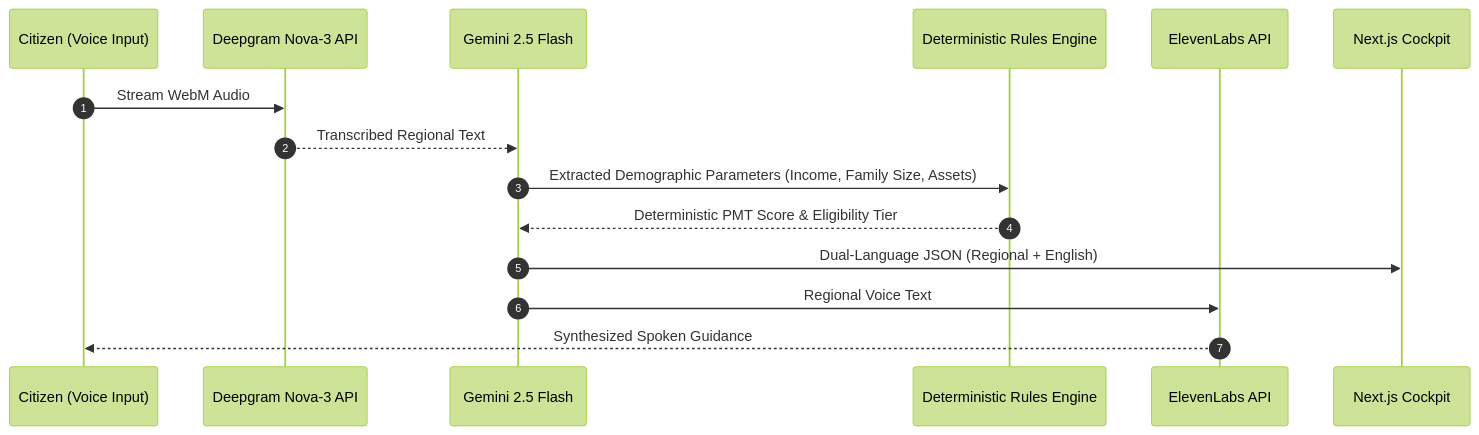
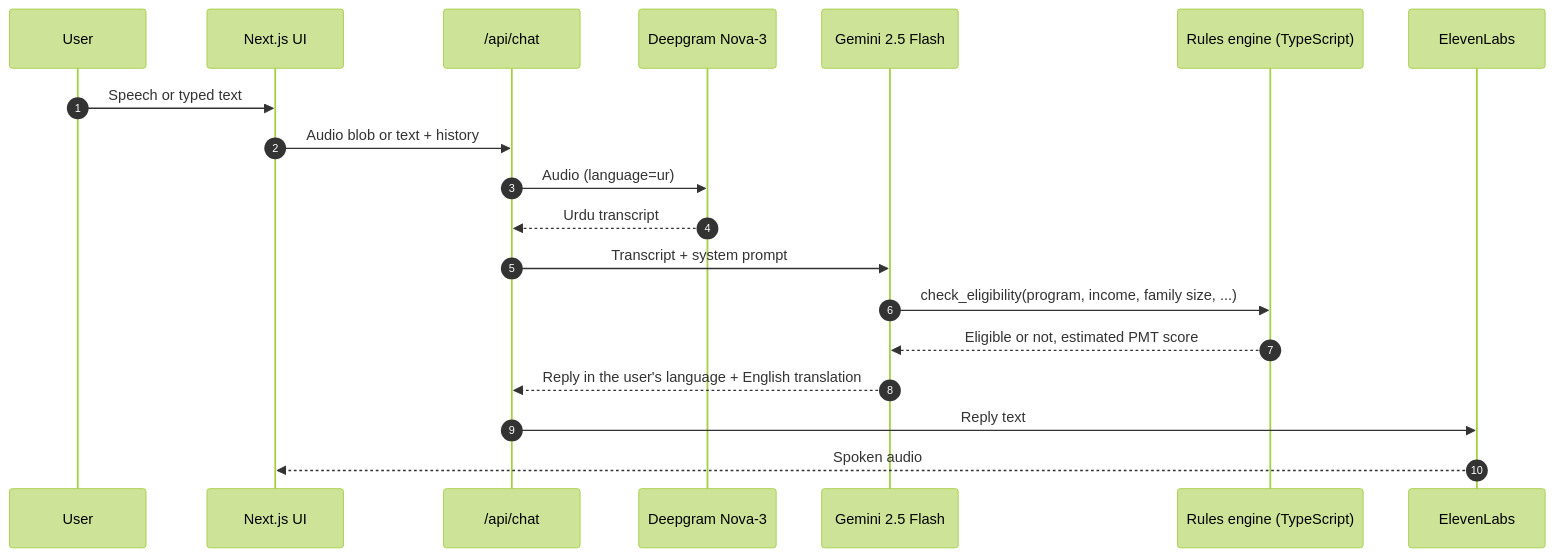
The diagram in README.md (HamzaKhanBUIC/BISP-Benefits-Navigator), drawn with Mermaid (forest theme) before and after one commit. The commit also changed other lines of this file and 2 other files, not shown here.

````diff
--- a/README.md
+++ b/README.md
@@ -22,18 +12,22 @@
 ```mermaid
 sequenceDiagram
     autonumber
-    participant U as Citizen (Voice Input)
-    participant STT as Deepgram Nova-3 API
+    participant U as User
+    participant UI as Next.js UI
+    participant API as /api/chat
+    participant STT as Deepgram Nova-3
     participant AI as Gemini 2.5 Flash
-    participant RE as Deterministic Rules Engine
-    participant TTS as ElevenLabs API
-    participant UI as Next.js Cockpit
+    participant RE as Rules engine (TypeScript)
+    participant TTS as ElevenLabs
 
-    U->>STT: Stream WebM Audio
-    STT-->>AI: Transcribed Regional Text
-    AI->>RE: Extracted Demographic Parameters (Income, Family Size, Assets)
-    RE-->>AI: Deterministic PMT Score & Eligibility Tier
-    AI->>UI: Dual-Language JSON (Regional + English)
-    AI->>TTS: Regional Voice Text
-    TTS-->>U: Synthesized Spoken Guidance
+    U->>UI: Speech or typed text
+    UI->>API: Audio blob or text + history
+    API->>STT: Audio (language=ur)
+    STT-->>API: Urdu transcript
+    API->>AI: Transcript + system prompt
+    AI->>RE: check_eligibility(program, income, family size, ...)
+    RE-->>AI: Eligible or not, estimated PMT score
+    AI-->>API: Reply in the user's language + English translation
+    API->>TTS: Reply text
+    TTS-->>UI: Spoken audio
 ```
````
